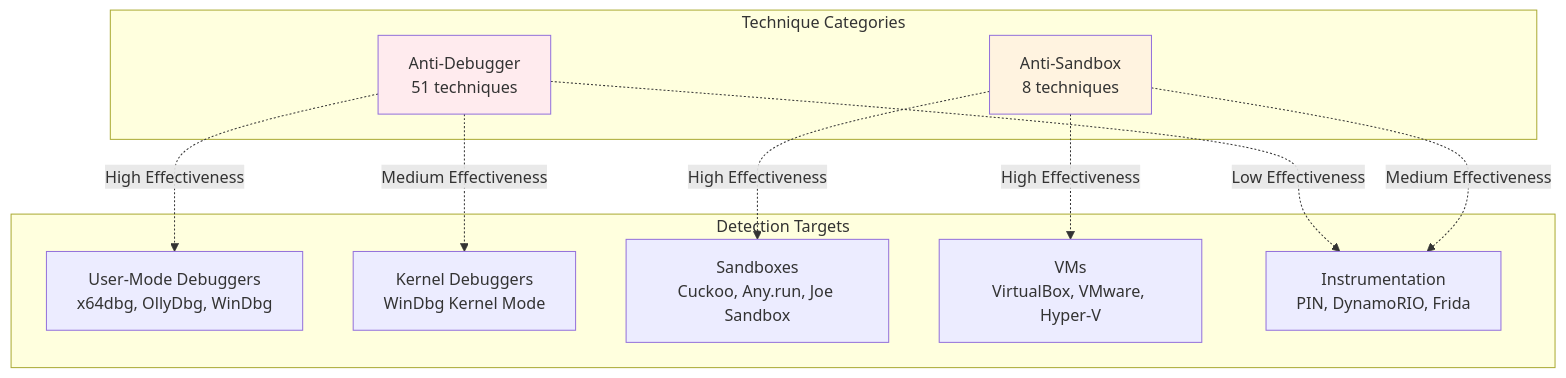
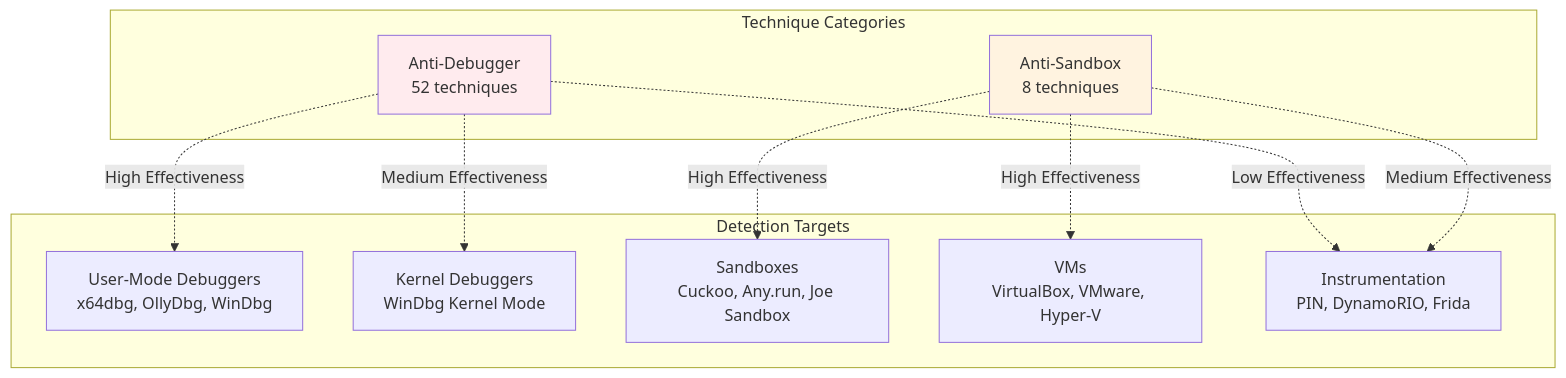
Before and after one commit to mabj/anti: the seventh of 8 diagrams in docs/diagrams/taxonomy.md, drawn with Mermaid. The commit also changed other lines of this file and 10 other files, not shown here.

Commit message:
Adding new anti-debugger technique AD052 and updating website design.

````diff
--- a/docs/diagrams/taxonomy.md
+++ b/docs/diagrams/taxonomy.md
@@ -224,26 +225,26 @@
 ```mermaid
 graph TB
     subgraph Detection Targets
         T1[User-Mode Debuggers<br/>x64dbg, OllyDbg, WinDbg]
         T2[Kernel Debuggers<br/>WinDbg Kernel Mode]
         T3[Sandboxes<br/>Cuckoo, Any.run, Joe Sandbox]
         T4[VMs<br/>VirtualBox, VMware, Hyper-V]
         T5[Instrumentation<br/>PIN, DynamoRIO, Frida]
     end
 
     subgraph Technique Categories
-        C1[Anti-Debugger<br/>51 techniques]
+        C1[Anti-Debugger<br/>52 techniques]
         C2[Anti-Sandbox<br/>8 techniques]
     end
 
     C1 -.High Effectiveness.-> T1
     C1 -.Medium Effectiveness.-> T2
     C1 -.Low Effectiveness.-> T5
 
     C2 -.High Effectiveness.-> T3
     C2 -.High Effectiveness.-> T4
     C2 -.Medium Effectiveness.-> T5
 
     style C1 fill:#ffebee
     style C2 fill:#fff3e0
 ```
````
